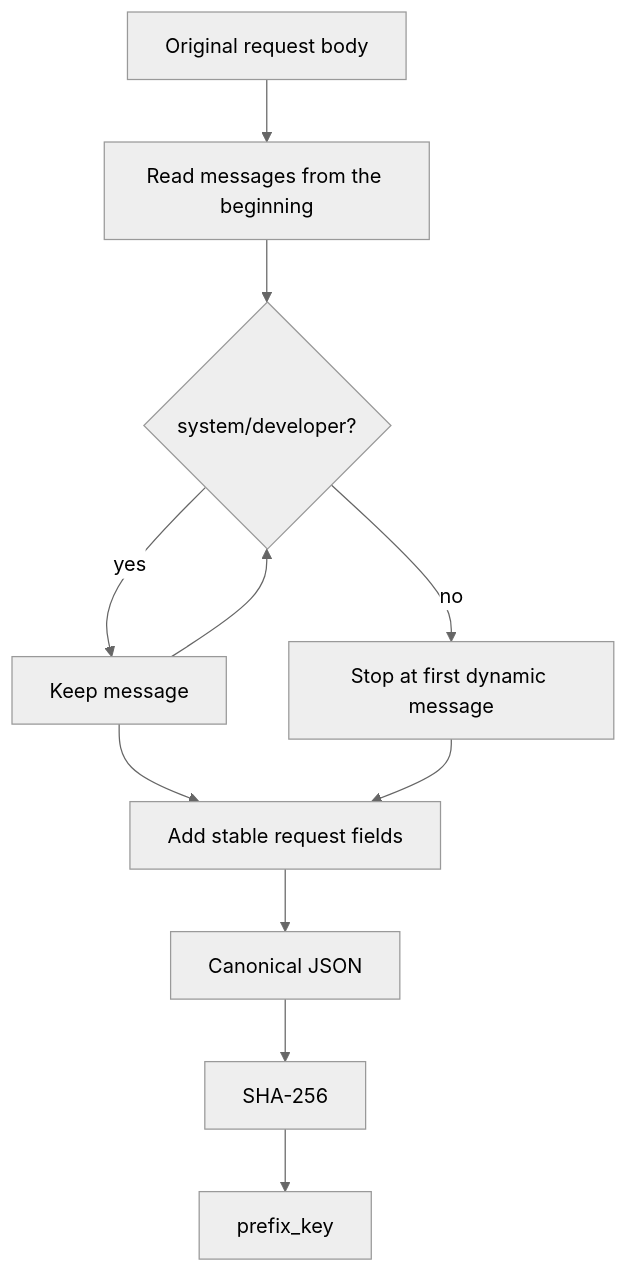
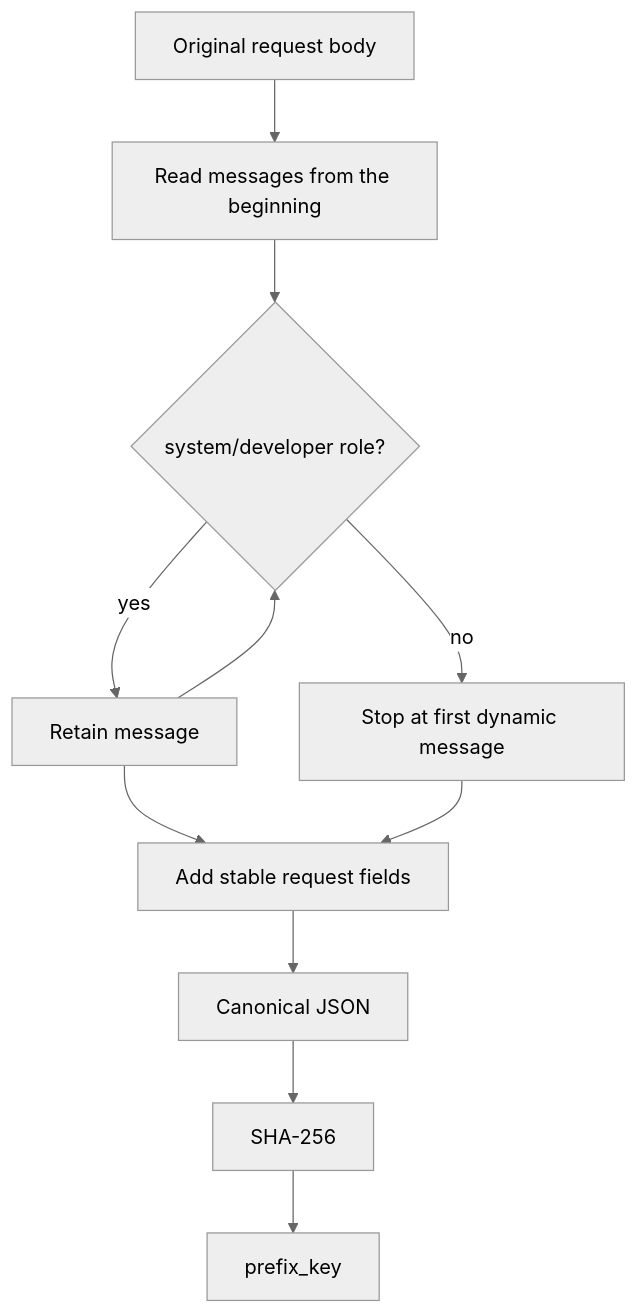
The third of 8 diagrams in DESIGN.md (gbuisson/local-llm-kv-cache), drawn with Mermaid (neutral theme) before and after one commit. The commit also changed other lines of this file and 2 other files, not shown here.

```diff
--- a/DESIGN.md
+++ b/DESIGN.md
@@ -126,13 +122,13 @@
 ~~~mermaid
 flowchart TD
     Q["Original request body"] --> M["Read messages from the beginning"]
-    M --> T{"system/developer?"}
-    T -->|yes| KEEP["Keep message"]
+    M --> T{"system/developer role?"}
+    T -->|yes| KEEP["Retain message"]
     KEEP --> T
     T -->|no| STOP["Stop at first dynamic message"]
     KEEP --> F["Add stable request fields"]
     STOP --> F
     F --> J["Canonical JSON"]
     J --> H["SHA-256"]
     H --> K["prefix_key"]
 ~~~
```
